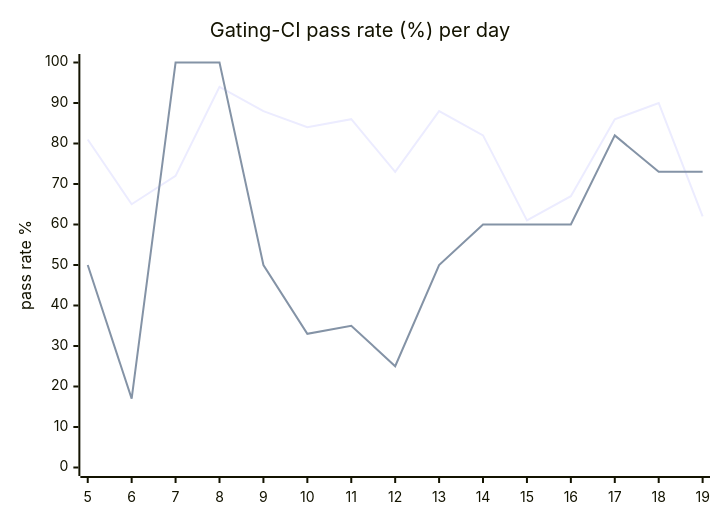
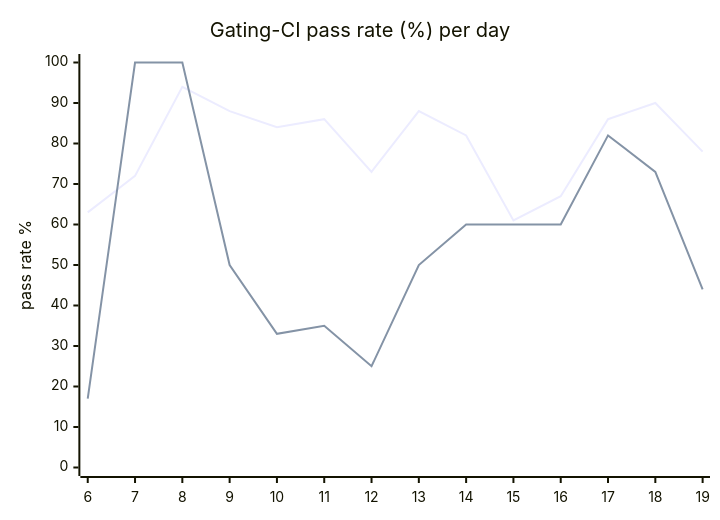
The diagram in hack/ci/ci-dashboard/staging/issue.md (hatchet-dev/hatchet), drawn with Mermaid before and after one commit. The commit also changed other lines of this file, not shown here.

````diff
--- a/hack/ci/ci-dashboard/staging/issue.md
+++ b/hack/ci/ci-dashboard/staging/issue.md
@@ -9,8 +9,8 @@
 ```mermaid
 xychart-beta
   title "Gating-CI pass rate (%) per day"
-  x-axis [5, 6, 7, 8, 9, 10, 11, 12, 13, 14, 15, 16, 17, 18, 19]
+  x-axis [6, 7, 8, 9, 10, 11, 12, 13, 14, 15, 16, 17, 18, 19]
   y-axis "pass rate %" 0 --> 100
-  line "CI" [81, 65, 72, 94, 88, 84, 86, 73, 88, 82, 61, 67, 86, 90, 62]
-  line "main" [50, 17, 100, 100, 50, 33, 35, 25, 50, 60, 60, 60, 82, 73, 73]
+  line "CI" [63, 72, 94, 88, 84, 86, 73, 88, 82, 61, 67, 86, 90, 78]
+  line "main" [17, 100, 100, 50, 33, 35, 25, 50, 60, 60, 60, 82, 73, 44]
 ```
````
